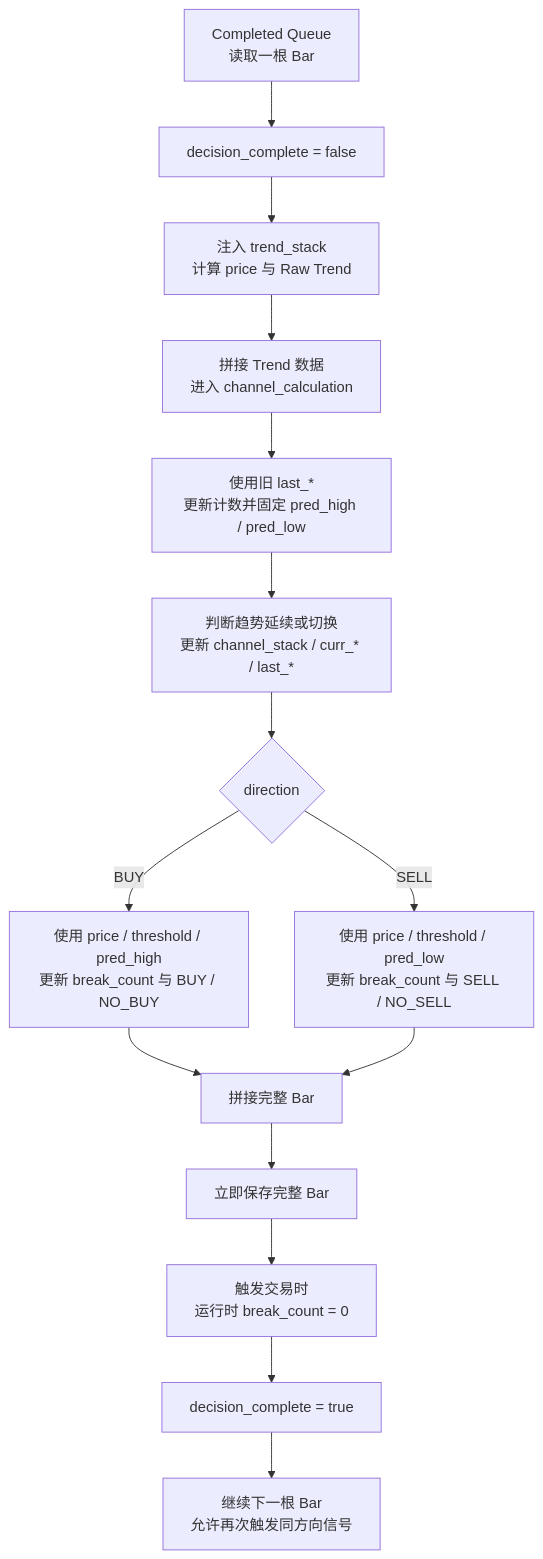
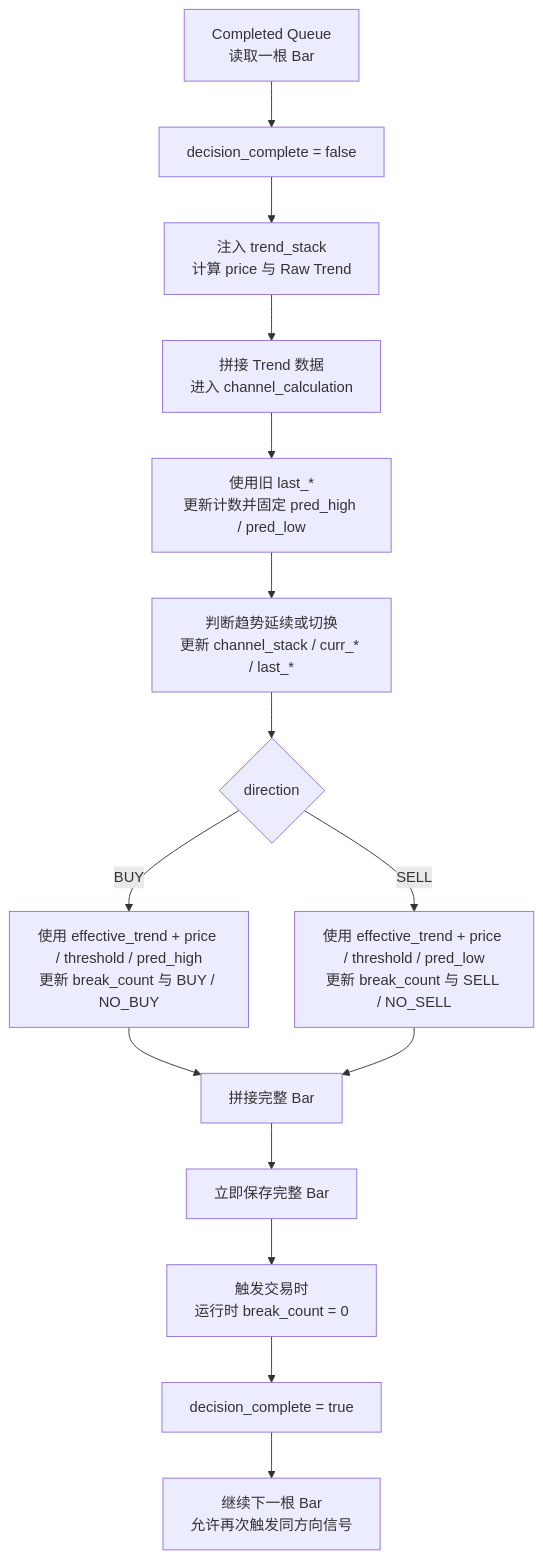
One commit to yulan307/intraday-channel-engine changed the fifth of 7 diagrams in docs/ibapi_single_day_test_flow_design.md. Above: the diagram before and after it, drawn with Mermaid. The commit also changed other lines of this file and 9 other files, not shown here.

Commit message:
Add effective trend gating to trade signals

````diff
--- a/docs/ibapi_single_day_test_flow_design.md
+++ b/docs/ibapi_single_day_test_flow_design.md
@@ -1521,31 +1529,31 @@
 ```mermaid
 flowchart TD
     A["Completed Queue<br/>读取一根 Bar"]
 
     A --> B["decision_complete = false"]
 
     B --> C["注入 trend_stack<br/>计算 price 与 Raw Trend"]
 
     C --> D["拼接 Trend 数据<br/>进入 channel_calculation"]
 
     D --> E["使用旧 last_*<br/>更新计数并固定 pred_high / pred_low"]
 
     E --> F["判断趋势延续或切换<br/>更新 channel_stack / curr_* / last_*"]
 
     F --> G{"direction"}
 
-    G -->|"BUY"| H["使用 price / threshold / pred_high<br/>更新 break_count 与 BUY / NO_BUY"]
+    G -->|"BUY"| H["使用 effective_trend + price / threshold / pred_high<br/>更新 break_count 与 BUY / NO_BUY"]
 
-    G -->|"SELL"| I["使用 price / threshold / pred_low<br/>更新 break_count 与 SELL / NO_SELL"]
+    G -->|"SELL"| I["使用 effective_trend + price / threshold / pred_low<br/>更新 break_count 与 SELL / NO_SELL"]
 
     H --> J["拼接完整 Bar"]
     I --> J
 
     J --> K["立即保存完整 Bar"]
 
     K --> L["触发交易时<br/>运行时 break_count = 0"]
 
     L --> M["decision_complete = true"]
 
     M --> N["继续下一根 Bar<br/>允许再次触发同方向信号"]
 ```
````
